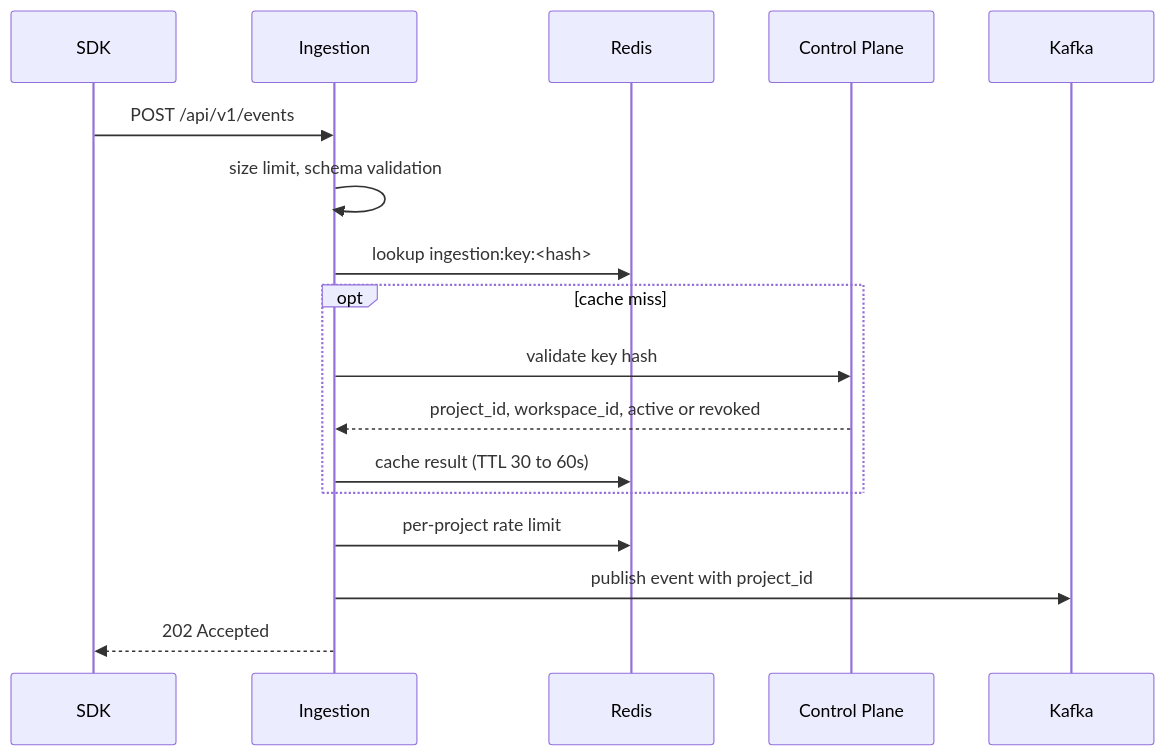
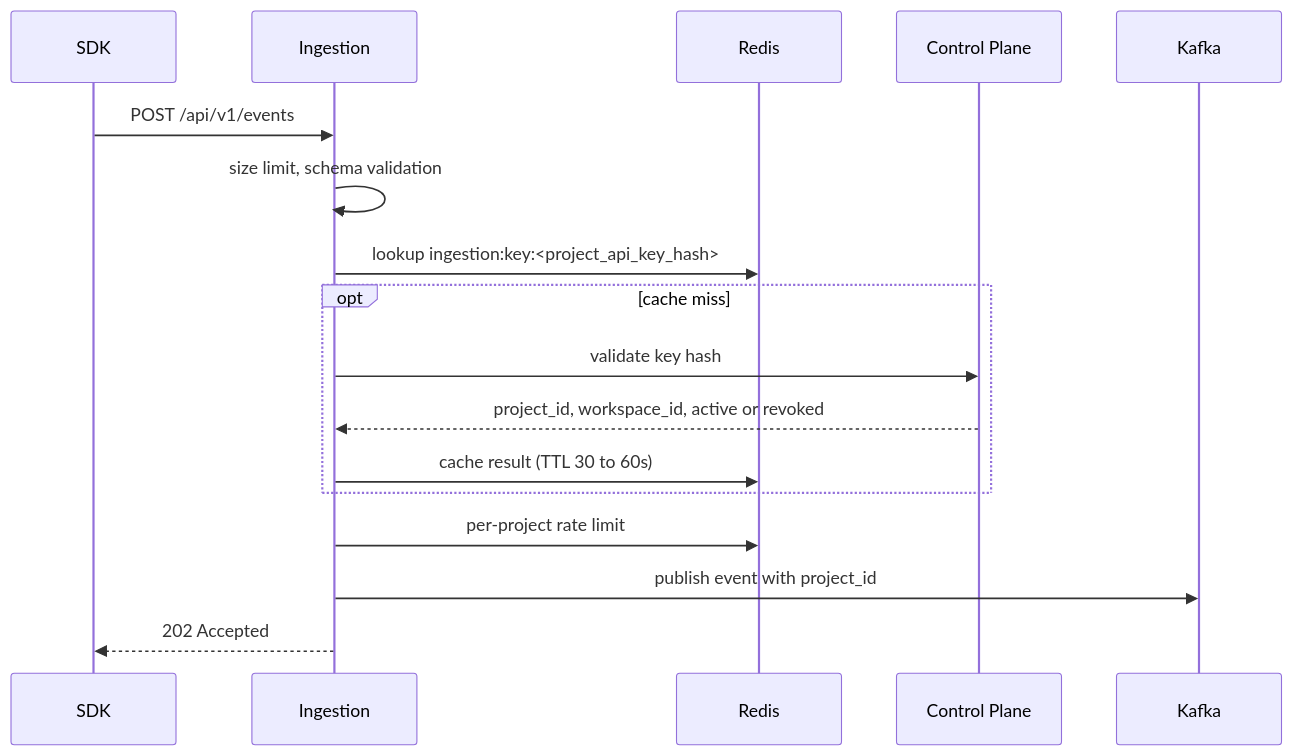
The diagram in docs/architecture/ingestion-auth.md (abhinavashokm/faultline-incident-platform), drawn with Mermaid before and after one commit. The commit also changed other lines of this file and 13 other files, not shown here.

Commit message:
refactor(auth): rename public_key to project_api_key for clarity and consistency across the codebase

````diff
--- a/docs/architecture/ingestion-auth.md
+++ b/docs/architecture/ingestion-auth.md
@@ -25,20 +25,20 @@
 ```mermaid
 sequenceDiagram
   participant SDK
   participant ING as Ingestion
   participant R as Redis
   participant CP as Control Plane
   participant K as Kafka
 
   SDK->>ING: POST /api/v1/events
   ING->>ING: size limit, schema validation
-  ING->>R: lookup ingestion:key:<hash>
+  ING->>R: lookup ingestion:key:<project_api_key_hash>
   opt cache miss
     ING->>CP: validate key hash
     CP-->>ING: project_id, workspace_id, active or revoked
     ING->>R: cache result (TTL 30 to 60s)
   end
   ING->>R: per-project rate limit
   ING->>K: publish event with project_id
   ING-->>SDK: 202 Accepted
 ```
````
